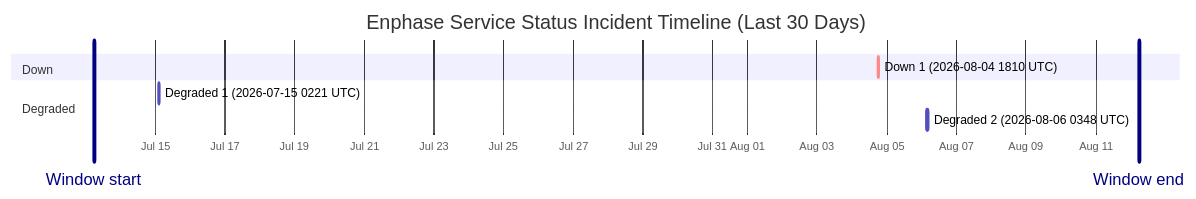
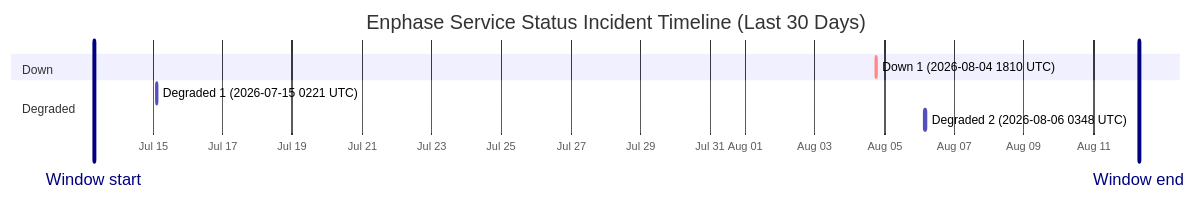
The diagram in wiki/Service-Status-History.md (barneyonline/ha-enphase-energy), drawn with Mermaid before and after one commit. The commit also changed other lines of this file and 3 other files, not shown here.

````diff
--- a/wiki/Service-Status-History.md
+++ b/wiki/Service-Status-History.md
@@ -14,13 +14,13 @@
 ```mermaid
 gantt
     title Enphase Service Status Incident Timeline (Last 30 Days)
     dateFormat  YYYY-MM-DDTHH:mm:ss
     axisFormat  %b %d
-    Window start :vert, window-start, 2026-07-13T05:54:01, 0ms
-    Window end :vert, window-end, 2026-08-12T05:54:01, 0ms
+    Window start :vert, window-start, 2026-07-13T07:21:35, 0ms
+    Window end :vert, window-end, 2026-08-12T07:21:35, 0ms
     section Down
     Down 1 (2026-08-04 1810 UTC) :crit, down-1, 2026-08-04T18:10:46, 60m
     section Degraded
     Degraded 1 (2026-07-15 0221 UTC) :active, degraded-1, 2026-07-15T02:21:35, 60m
     Degraded 2 (2026-08-06 0348 UTC) :active, degraded-2, 2026-08-06T03:48:14, 60m
 ```
````
